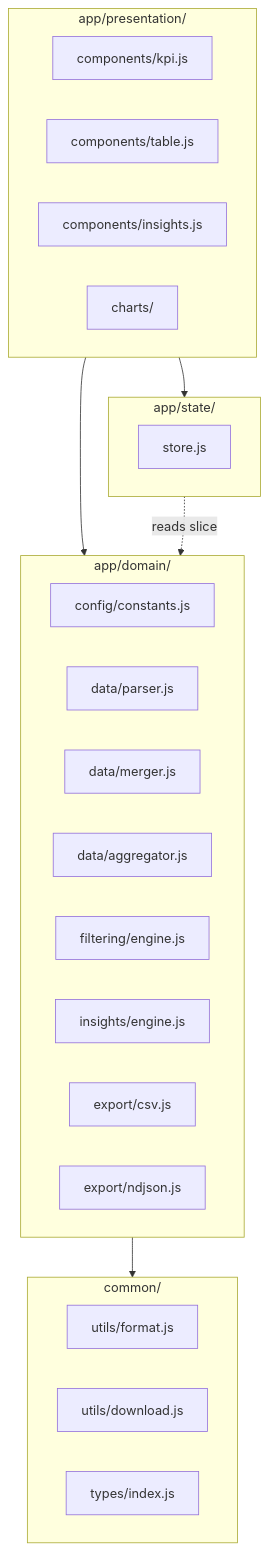
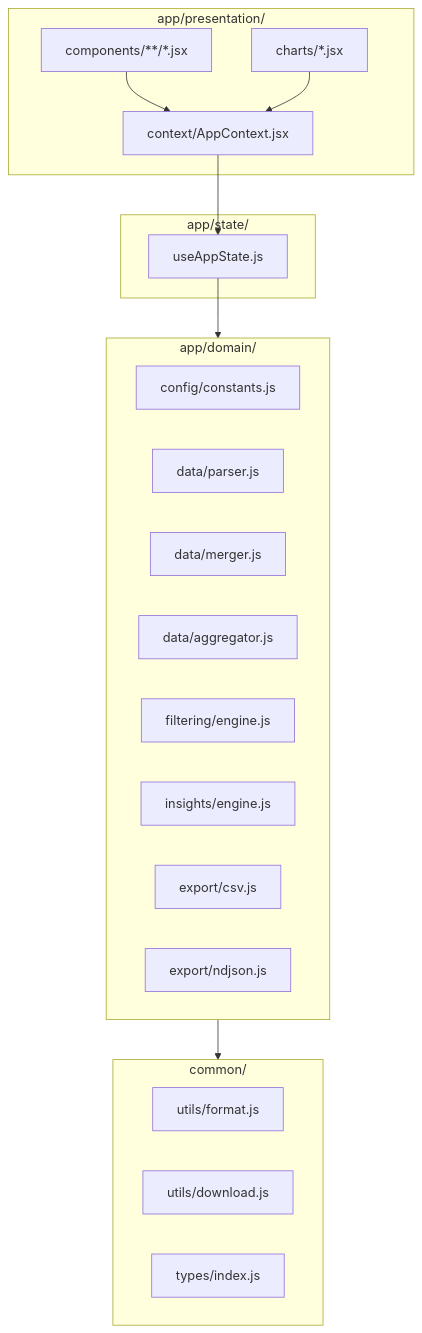
The first of 4 diagrams in docs/architecture.md (kinncj/GitHub-Copilot-Enterprise-Dashboard), drawn with Mermaid before and after one commit. The commit also changed other lines of this file and 54 other files, not shown here.

````diff
--- a/docs/architecture.md
+++ b/docs/architecture.md
@@ -7,35 +7,35 @@
 ```mermaid
 graph TD
     subgraph Presentation["app/presentation/"]
-        P1[components/kpi.js]
-        P2[components/table.js]
-        P3[components/insights.js]
-        P4[charts/]
+        CTX[context/AppContext.jsx]
+        COMP[components/**/*.jsx]
+        CHARTS[charts/*.jsx]
     end
 
     subgraph State["app/state/"]
-        S[store.js]
+        HOOK[useAppState.js]
     end
 
     subgraph Domain["app/domain/"]
         D1[config/constants.js]
         D2[data/parser.js]
         D3[data/merger.js]
         D4[data/aggregator.js]
         D5[filtering/engine.js]
         D6[insights/engine.js]
         D7[export/csv.js]
         D8[export/ndjson.js]
     end
 
     subgraph Common["common/"]
         C1[utils/format.js]
         C2[utils/download.js]
         C3[types/index.js]
     end
 
-    Presentation --> State
-    Presentation --> Domain
+    COMP --> CTX
+    CHARTS --> CTX
+    CTX --> HOOK
+    HOOK --> Domain
     Domain --> Common
-    State -.->|"reads slice"| Domain
 ```
````
